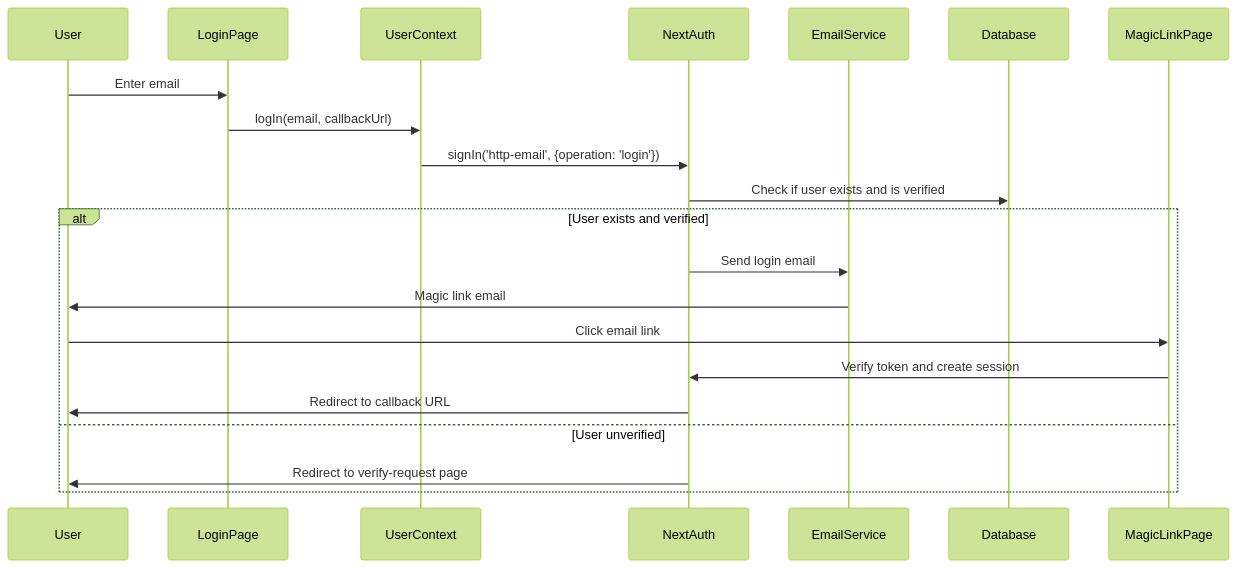
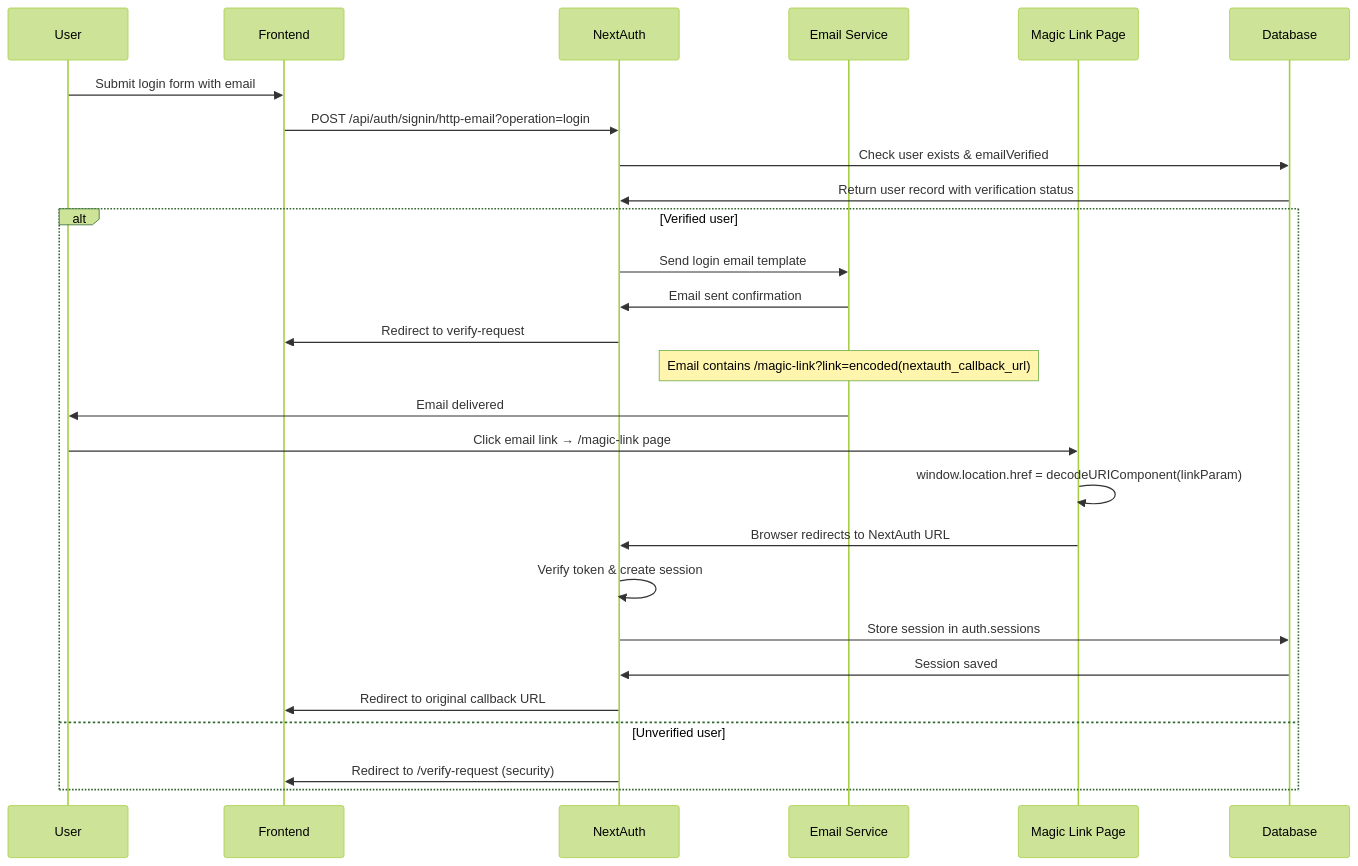
Before and after one commit to responsible-ai-collaborative/aiid: the second of 2 diagrams in site/docs/AUTH.md, drawn with Mermaid (forest theme). The commit also changed other lines of this file, not shown here.

Commit message:
Update mermaid diagrams

````diff
--- a/site/docs/AUTH.md
+++ b/site/docs/AUTH.md
@@ -64,24 +83,30 @@
 ```mermaid
 sequenceDiagram
-    participant User
-    participant LoginPage
-    participant UserContext
-    participant NextAuth
-    participant EmailService
-    participant Database
-    participant MagicLinkPage
+    participant U as User
+    participant F as Frontend
+    participant N as NextAuth
+    participant E as Email Service
+    participant M as Magic Link Page
+    participant DB as Database
 
-    User->>LoginPage: Enter email
-    LoginPage->>UserContext: logIn(email, callbackUrl)
-    UserContext->>NextAuth: signIn('http-email', {operation: 'login'})
-    NextAuth->>Database: Check if user exists and is verified
-    alt User exists and verified
-        NextAuth->>EmailService: Send login email
-        EmailService->>User: Magic link email
-        User->>MagicLinkPage: Click email link
-        MagicLinkPage->>NextAuth: Verify token and create session
-        NextAuth->>User: Redirect to callback URL
-    else User unverified
-        NextAuth->>User: Redirect to verify-request page
+    U->>F: Submit login form with email
+    F->>N: POST /api/auth/signin/http-email?operation=login
+    N->>DB: Check user exists & emailVerified
+    DB->>N: Return user record with verification status
+    alt Verified user
+        N->>E: Send login email template
+        E->>N: Email sent confirmation
+        N->>F: Redirect to verify-request
+        Note over E: Email contains /magic-link?link=encoded(nextauth_callback_url)
+        E->>U: Email delivered
+        U->>M: Click email link → /magic-link page
+        M->>M: window.location.href = decodeURIComponent(linkParam)
+        M->>N: Browser redirects to NextAuth URL
+        N->>N: Verify token & create session
+        N->>DB: Store session in auth.sessions
+        DB->>N: Session saved
+        N->>F: Redirect to original callback URL
+    else Unverified user
+        N->>F: Redirect to /verify-request (security)
     end
 ```
````
